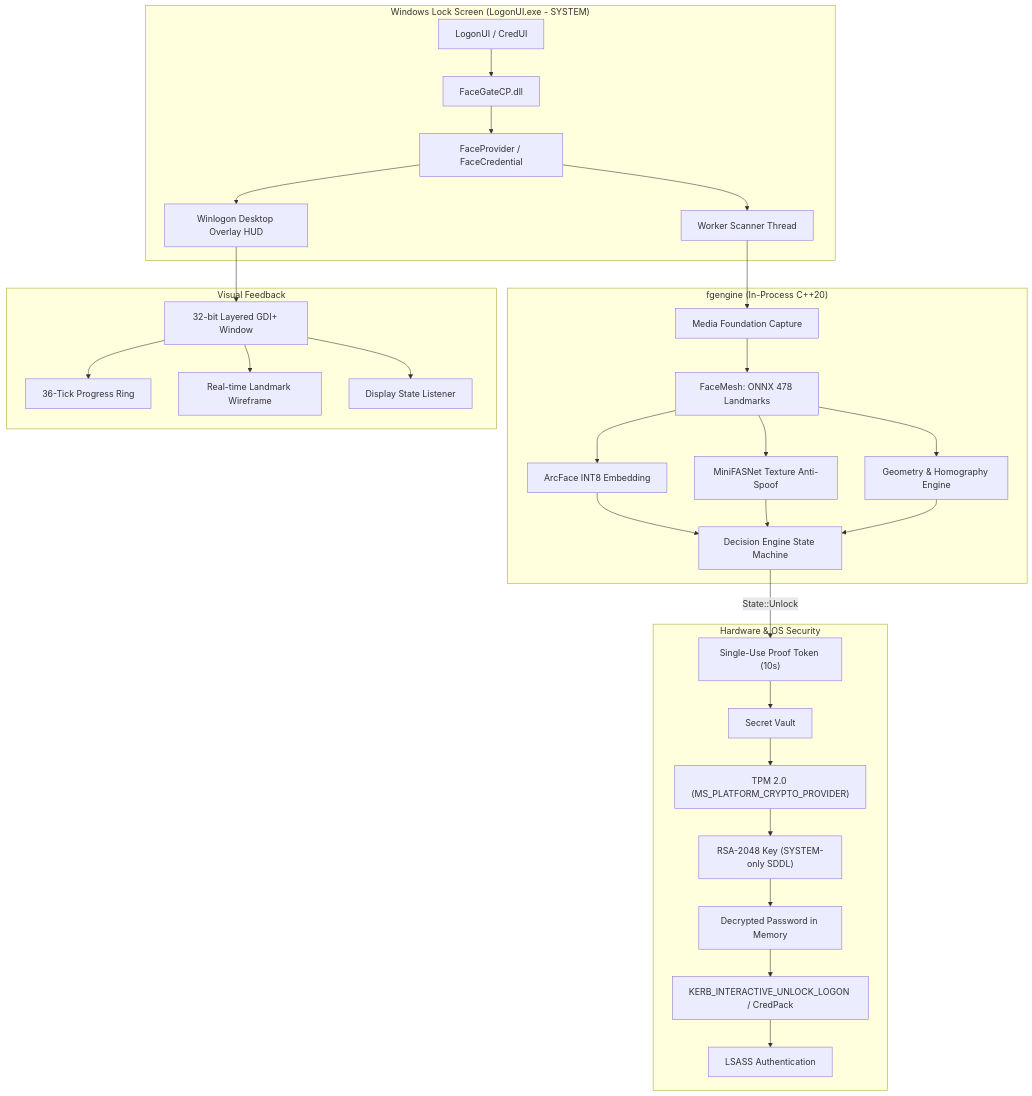
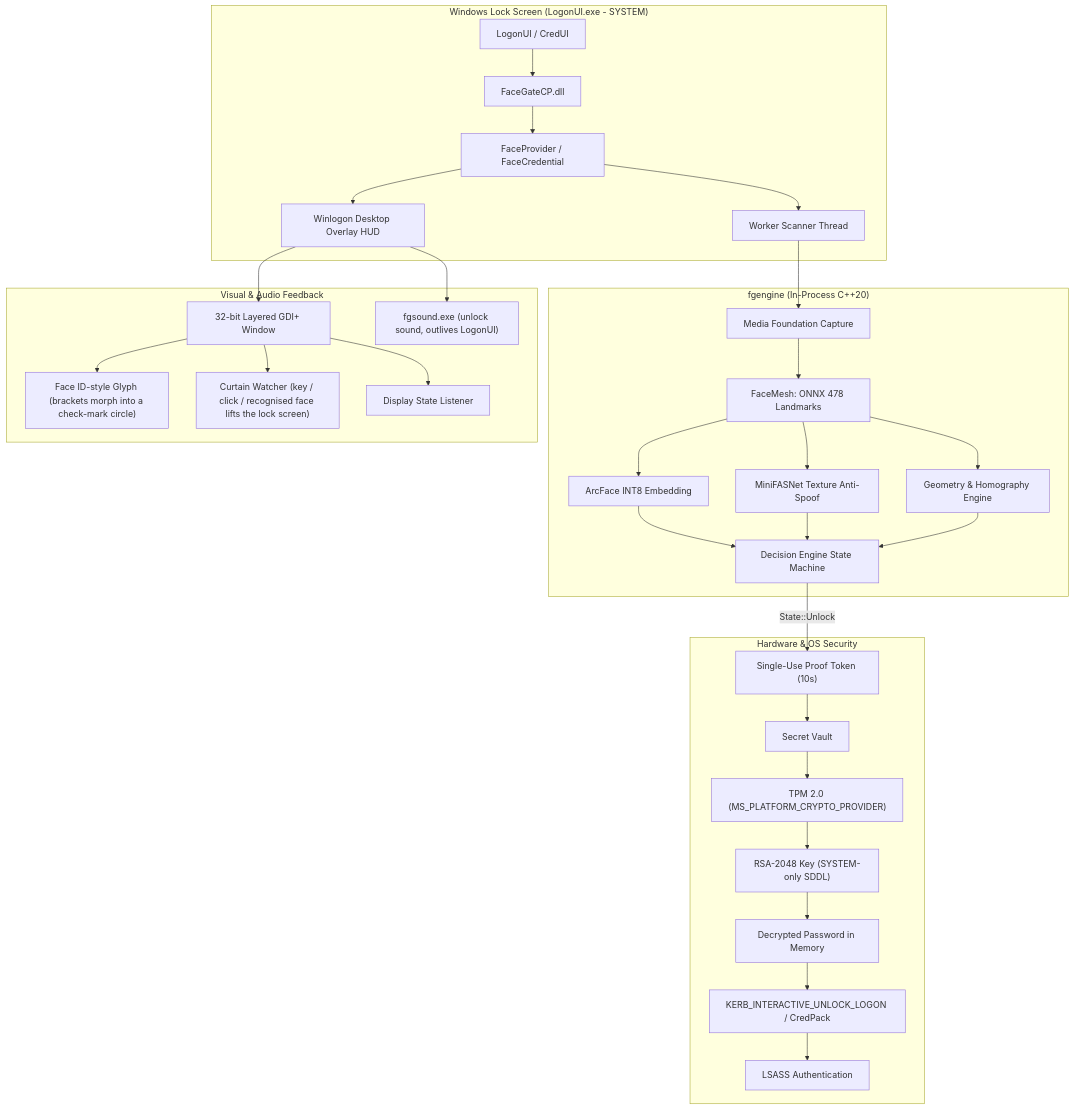
Before and after one commit to nyxri0f8/winface: the first of 2 diagrams in README.md, drawn with Mermaid. The commit also changed other lines of this file and 4 other files, not shown here.

First line of the commit message:
Update README for the new lock-screen flow, HUD and sound; add credits

````diff
--- a/README.md
+++ b/README.md
@@ -105,35 +110,36 @@
 ```mermaid
 flowchart TD
     subgraph LockScreen ["Windows Lock Screen (LogonUI.exe - SYSTEM)"]
         A[LogonUI / CredUI] --> B[FaceGateCP.dll]
         B --> C[FaceProvider / FaceCredential]
         C --> D[Worker Scanner Thread]
         C --> E[Winlogon Desktop Overlay HUD]
     end
 
     subgraph Engine ["fgengine (In-Process C++20)"]
         D --> F[Media Foundation Capture]
         F --> G[FaceMesh: ONNX 478 Landmarks]
         G --> H[ArcFace INT8 Embedding]
         G --> I[MiniFASNet Texture Anti-Spoof]
         G --> J[Geometry & Homography Engine]
         H & I & J --> K[Decision Engine State Machine]
     end
 
     subgraph SecurityVault ["Hardware & OS Security"]
         K -- "State::Unlock" --> L["Single-Use Proof Token (10s)"]
         L --> M[Secret Vault]
         M --> N["TPM 2.0 (MS_PLATFORM_CRYPTO_PROVIDER)"]
         N --> O["RSA-2048 Key (SYSTEM-only SDDL)"]
         O --> P[Decrypted Password in Memory]
         P --> Q[KERB_INTERACTIVE_UNLOCK_LOGON / CredPack]
         Q --> R[LSASS Authentication]
     end
 
-    subgraph Display ["Visual Feedback"]
+    subgraph Display ["Visual & Audio Feedback"]
         E --> S[32-bit Layered GDI+ Window]
-        S --> T[36-Tick Progress Ring]
-        S --> U[Real-time Landmark Wireframe]
+        S --> T["Face ID-style Glyph (brackets morph into a check-mark circle)"]
+        S --> U["Curtain Watcher (key / click / recognised face lifts the lock screen)"]
         S --> V[Display State Listener]
+        E --> W["fgsound.exe (unlock sound, outlives LogonUI)"]
     end
 ```
````
